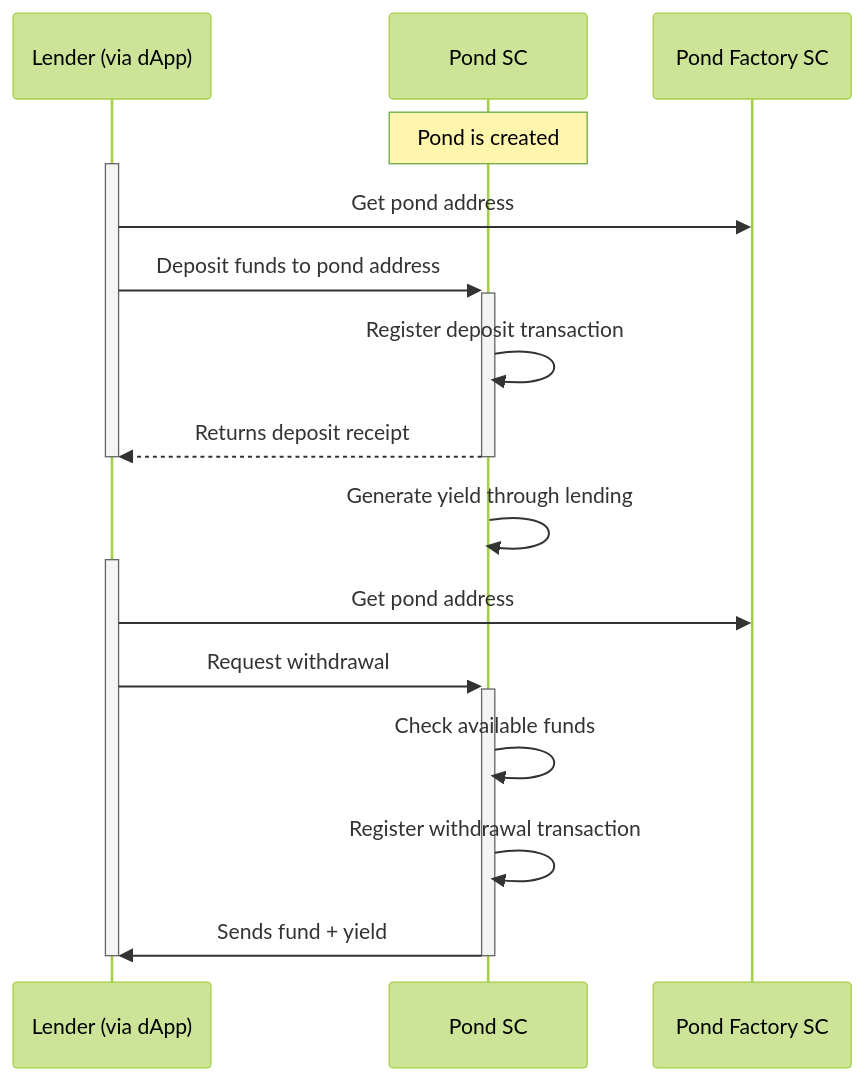
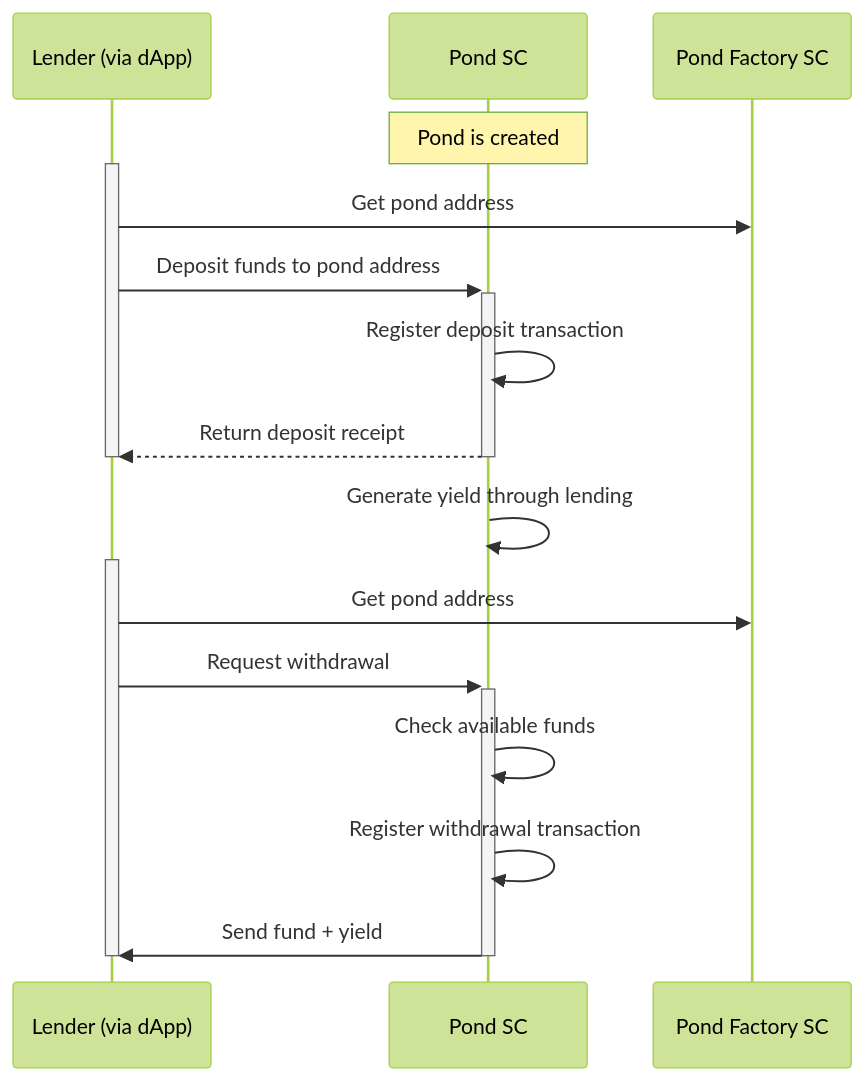
The first of 2 diagrams in flows/D-Liquidity-2-Pond-Funding.md (growr-xyz/growr-documentation), drawn with Mermaid (forest theme) before and after one commit. The commit also changed other lines of this file and 23 other files, not shown here.

````diff
--- a/flows/D-Liquidity-2-Pond-Funding.md
+++ b/flows/D-Liquidity-2-Pond-Funding.md
@@ -9,21 +9,21 @@
 ```mermaid
 sequenceDiagram
     participant Lender (via dApp)
     participant Pond SC
     participant Pond Factory SC
     Note over Pond SC: Pond is created
     activate Lender (via dApp)
     Lender (via dApp)->>Pond Factory SC: Get pond address
     Lender (via dApp)->>+Pond SC: Deposit funds to pond address
     Pond SC->>Pond SC: Register deposit transaction
-    Pond SC-->>-Lender (via dApp): Returns deposit receipt
+    Pond SC-->>-Lender (via dApp): Return deposit receipt
     deactivate Lender (via dApp)
     Pond SC->>Pond SC: Generate yield through lending
     activate Lender (via dApp)
     Lender (via dApp)->>Pond Factory SC: Get pond address
     Lender (via dApp)->>+Pond SC: Request withdrawal
     Pond SC->>Pond SC: Check available funds
     Pond SC->>Pond SC: Register withdrawal transaction
-    Pond SC->>-Lender (via dApp): Sends fund + yield
+    Pond SC->>-Lender (via dApp): Send fund + yield
     deactivate Lender (via dApp)
 ```
````
